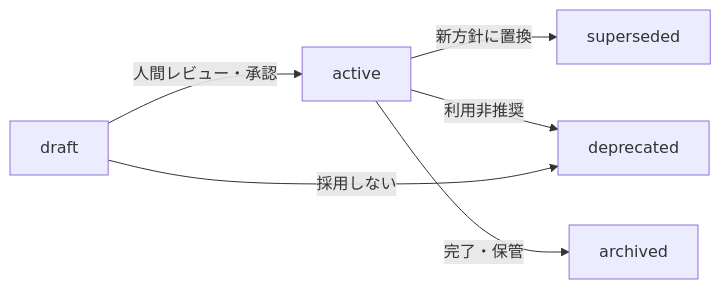
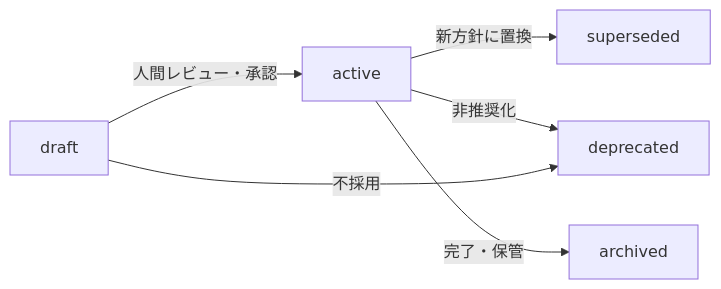
One commit to KJ-LEATHER-GAMES/Project_Mnemosyne changed the first of 2 diagrams in docs/memory/memory-policy.md. Above: the diagram before and after it, drawn with Mermaid. The commit also changed other lines of this file and 5 other files, not shown here.

````diff
--- a/docs/memory/memory-policy.md
+++ b/docs/memory/memory-policy.md
@@ -514,8 +219,8 @@
 ```mermaid
 flowchart LR
     A[draft] -->|人間レビュー・承認| B[active]
     B -->|新方針に置換| C[superseded]
-    B -->|利用非推奨| D[deprecated]
+    B -->|非推奨化| D[deprecated]
     B -->|完了・保管| E[archived]
-    A -->|採用しない| D
+    A -->|不採用| D
 ```
````
